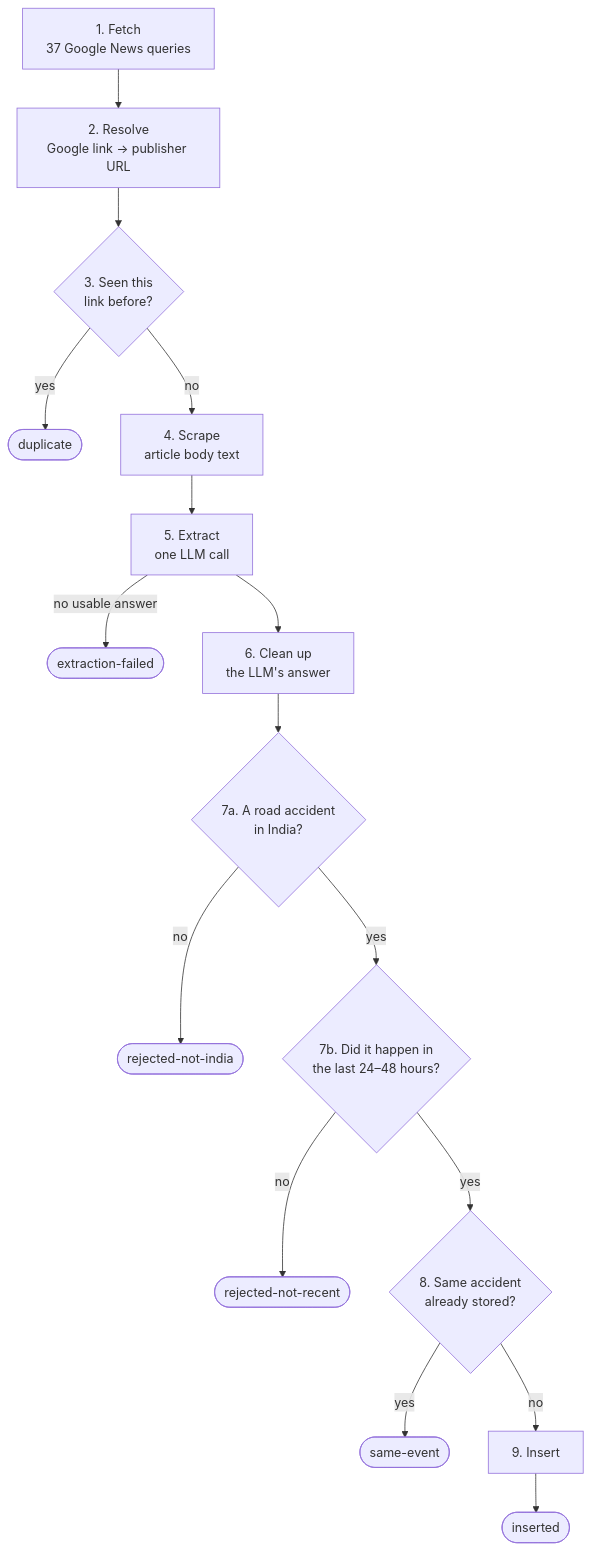
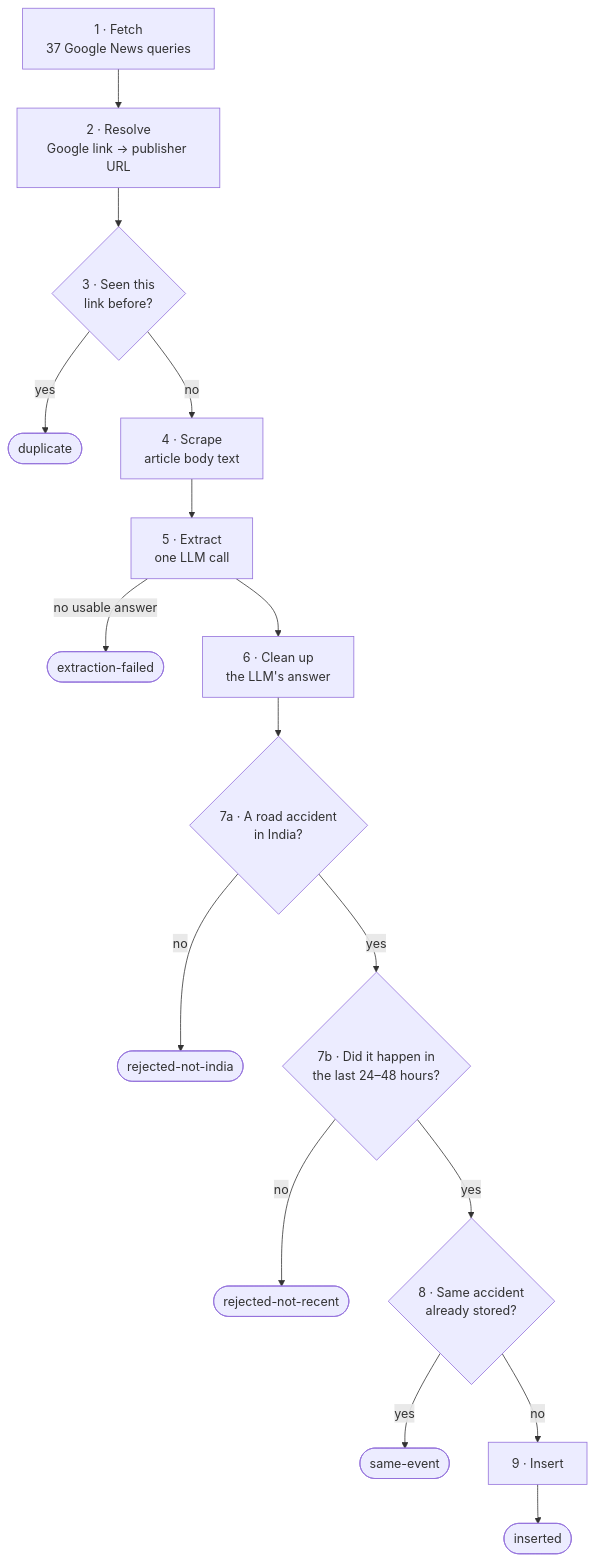
One commit to IamSinha27/AccidentNewsAggregator changed the second of 5 diagrams in README.md. Above: the diagram before and after it, drawn with Mermaid.

Commit message:
Fix diagram labels that Mermaid read as Markdown lists

````diff
--- a/README.md
+++ b/README.md
@@ -55,18 +55,18 @@
 ```mermaid
 flowchart TD
-    A["1. Fetch<br/>37 Google News queries"] --> B["2. Resolve<br/>Google link → publisher URL"]
-    B --> C{"3. Seen this<br/>link before?"}
+    A["1 · Fetch<br/>37 Google News queries"] --> B["2 · Resolve<br/>Google link → publisher URL"]
+    B --> C{"3 · Seen this<br/>link before?"}
     C -->|yes| O1(["duplicate"])
-    C -->|no| D["4. Scrape<br/>article body text"]
-    D --> E["5. Extract<br/>one LLM call"]
+    C -->|no| D["4 · Scrape<br/>article body text"]
+    D --> E["5 · Extract<br/>one LLM call"]
     E -->|no usable answer| O2(["extraction-failed"])
-    E --> F["6. Clean up<br/>the LLM's answer"]
-    F --> G{"7a. A road accident<br/>in India?"}
+    E --> F["6 · Clean up<br/>the LLM's answer"]
+    F --> G{"7a · A road accident<br/>in India?"}
     G -->|no| O3(["rejected-not-india"])
-    G -->|yes| H{"7b. Did it happen in<br/>the last 24–48 hours?"}
+    G -->|yes| H{"7b · Did it happen in<br/>the last 24–48 hours?"}
     H -->|no| O4(["rejected-not-recent"])
-    H -->|yes| I{"8. Same accident<br/>already stored?"}
+    H -->|yes| I{"8 · Same accident<br/>already stored?"}
     I -->|yes| O5(["same-event"])
-    I -->|no| J["9. Insert"]
+    I -->|no| J["9 · Insert"]
     J --> O6(["inserted"])
 ```
````
